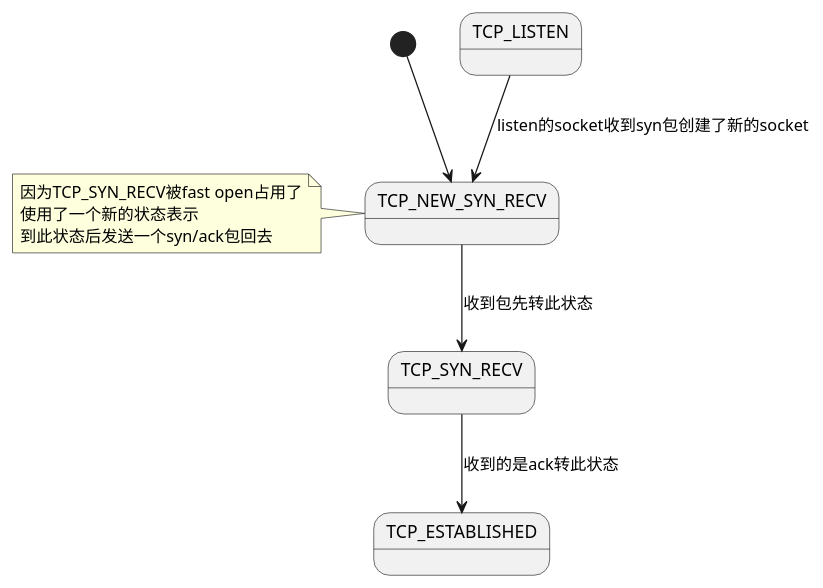
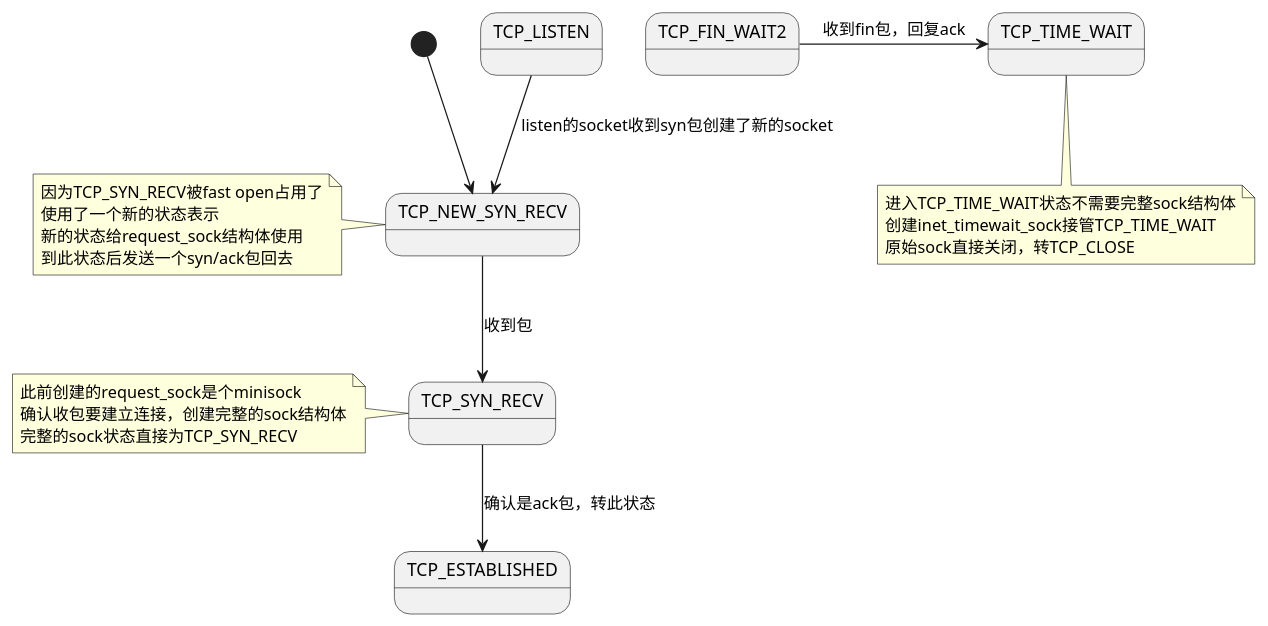
The third of 4 diagrams in content/docs/linux/linux-kernel/net/ipv4/tcp/_index.md (Githubwyb/md-books), drawn with PlantUML before and after one commit. The commit also changed other lines of this file and 73 other files, not shown here.

````diff
--- a/content/docs/linux/linux-kernel/net/ipv4/tcp/_index.md
+++ b/content/docs/linux/linux-kernel/net/ipv4/tcp/_index.md
@@ -86,15 +103,31 @@
 ```plantuml
 @startuml 服务端数据传输socket
 
 [*] --> TCP_NEW_SYN_RECV
+
 TCP_LISTEN --> TCP_NEW_SYN_RECV : listen的socket收到syn包创建了新的socket
-TCP_NEW_SYN_RECV --> TCP_SYN_RECV : 收到包先转此状态
 note left of TCP_NEW_SYN_RECV
 因为TCP_SYN_RECV被fast open占用了
 使用了一个新的状态表示
+新的状态给request_sock结构体使用
 到此状态后发送一个syn/ack包回去
 end note
-TCP_SYN_RECV --> TCP_ESTABLISHED : 收到的是ack转此状态
+
+TCP_NEW_SYN_RECV --> TCP_SYN_RECV : 收到包
+note left of TCP_SYN_RECV
+此前创建的request_sock是个minisock
+确认收包要建立连接，创建完整的sock结构体
+完整的sock状态直接为TCP_SYN_RECV
+end note
+
+TCP_SYN_RECV --> TCP_ESTABLISHED : 确认是ack包，转此状态
+
+TCP_FIN_WAIT2 -> TCP_TIME_WAIT : 收到fin包，回复ack
+note bottom of TCP_TIME_WAIT
+进入TCP_TIME_WAIT状态不需要完整sock结构体
+创建inet_timewait_sock接管TCP_TIME_WAIT
+原始sock直接关闭，转TCP_CLOSE
+end note
 
 @enduml
 ```
````
